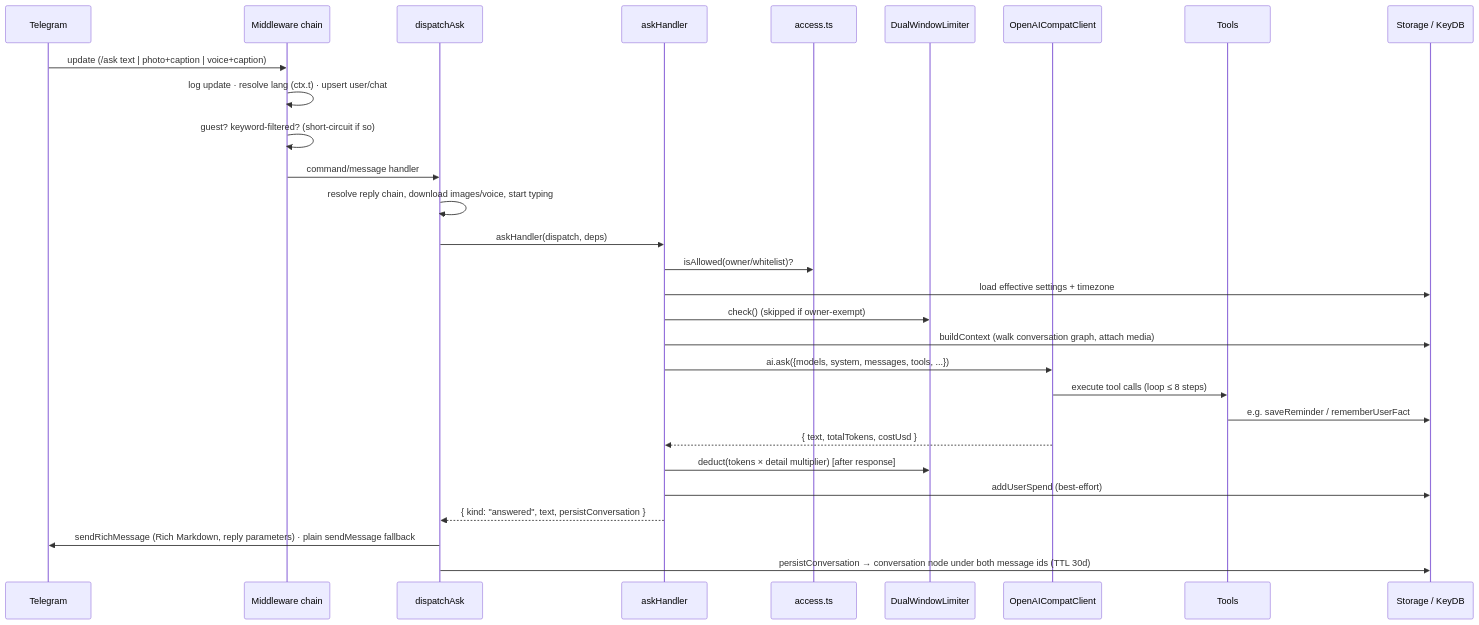
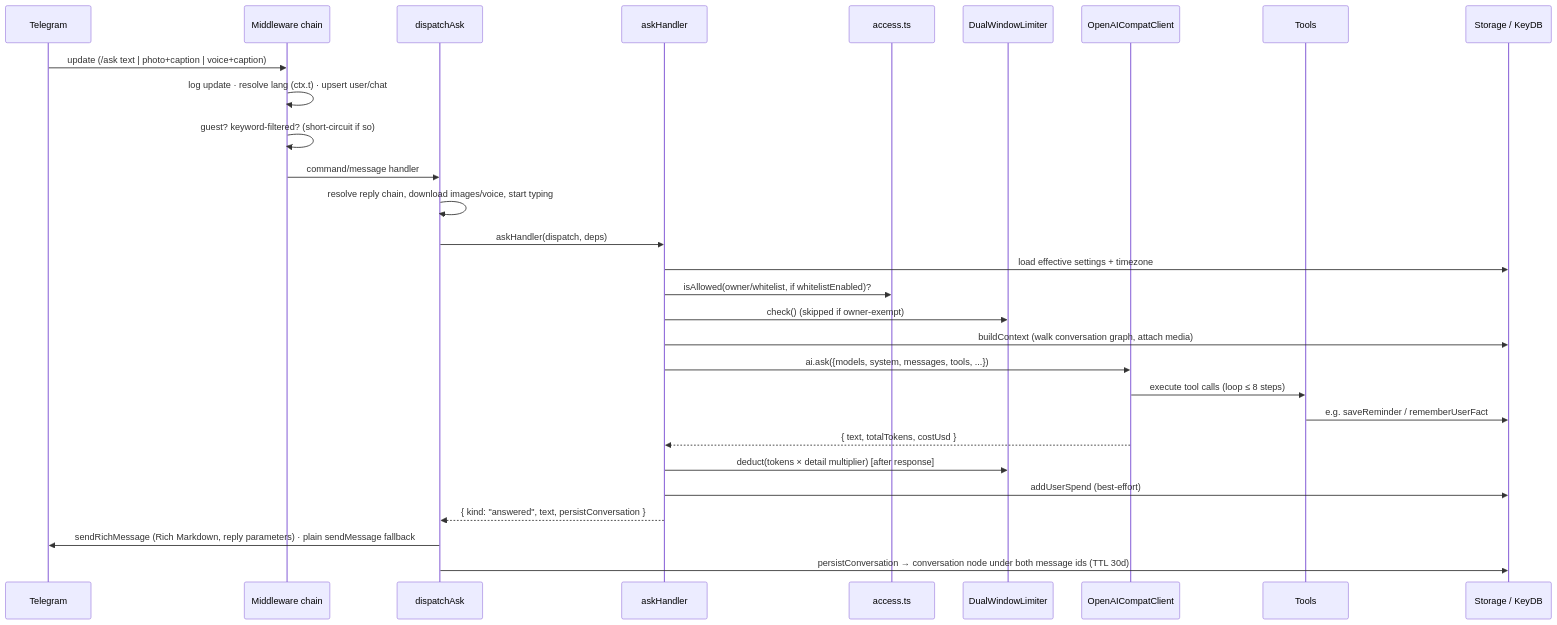
One commit to The-Fisher-Slopworks-Co/any_talker changed the second of 3 diagrams in docs/ARCHITECTURE.md. Above: the diagram before and after it, drawn with Mermaid. The commit also changed other lines of this file and 13 other files, not shown here.

````diff
--- a/docs/ARCHITECTURE.md
+++ b/docs/ARCHITECTURE.md
@@ -373,32 +376,32 @@
 ```mermaid
 sequenceDiagram
     participant TG as Telegram
     participant MW as Middleware chain
     participant D as dispatchAsk
     participant H as askHandler
     participant ACC as access.ts
     participant RL as DualWindowLimiter
     participant AI as OpenAICompatClient
     participant T as Tools
     participant S as Storage / KeyDB
 
     TG->>MW: update (/ask text | photo+caption | voice+caption)
     MW->>MW: log update · resolve lang (ctx.t) · upsert user/chat
     MW->>MW: guest? keyword-filtered? (short-circuit if so)
     MW->>D: command/message handler
     D->>D: resolve reply chain, download images/voice, start typing
     D->>H: askHandler(dispatch, deps)
-    H->>ACC: isAllowed(owner/whitelist)?
     H->>S: load effective settings + timezone
+    H->>ACC: isAllowed(owner/whitelist, if whitelistEnabled)?
     H->>RL: check() (skipped if owner-exempt)
     H->>S: buildContext (walk conversation graph, attach media)
     H->>AI: ai.ask({models, system, messages, tools, ...})
     AI->>T: execute tool calls (loop ≤ 8 steps)
     T->>S: e.g. saveReminder / rememberUserFact
     AI-->>H: { text, totalTokens, costUsd }
     H->>RL: deduct(tokens × detail multiplier)  [after response]
     H->>S: addUserSpend (best-effort)
     H-->>D: { kind: "answered", text, persistConversation }
     D->>TG: sendRichMessage (Rich Markdown, reply parameters) · plain sendMessage fallback
     D->>S: persistConversation → conversation node under both message ids (TTL 30d)
 ```
````
